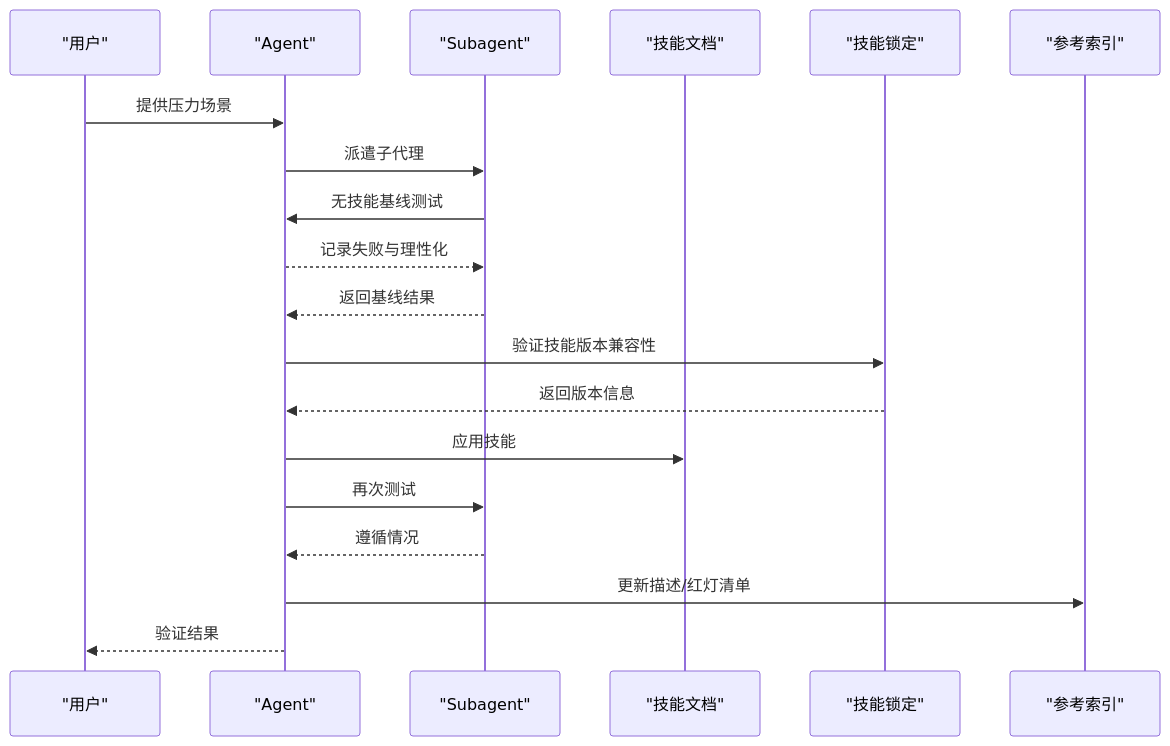
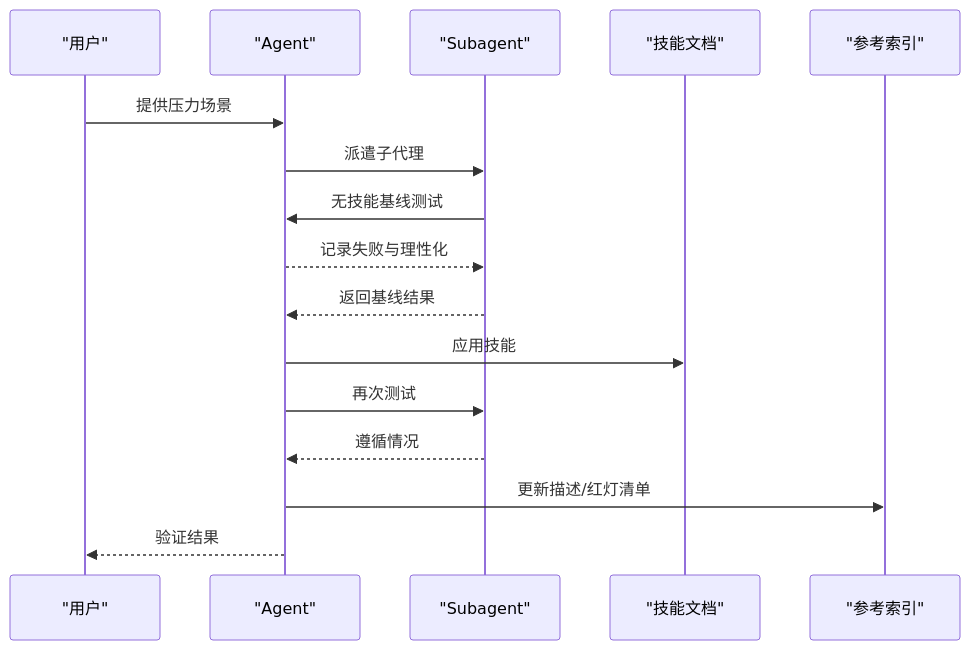
One commit to AngelWings1997/altas changed the fifth of 9 diagrams in .qoder/repowiki/zh/content/超级能力模块/技能编写指南.md. Above: the diagram before and after it, drawn with Mermaid. The commit also changed other lines of this file and 4 other files, not shown here.

````diff
--- a/.qoder/repowiki/zh/content/超级能力模块/技能编写指南.md
+++ b/.qoder/repowiki/zh/content/超级能力模块/技能编写指南.md
@@ -236,21 +227,18 @@
 ```mermaid
 sequenceDiagram
 participant User as "用户"
 participant Agent as "Agent"
 participant Subagent as "Subagent"
 participant Skill as "技能文档"
-participant Lock as "技能锁定"
 participant Index as "参考索引"
 User->>Agent : 提供压力场景
 Agent->>Subagent : 派遣子代理
 Subagent->>Agent : 无技能基线测试
 Agent-->>Subagent : 记录失败与理性化
 Subagent-->>Agent : 返回基线结果
-Agent->>Lock : 验证技能版本兼容性
-Lock-->>Agent : 返回版本信息
 Agent->>Skill : 应用技能
 Agent->>Subagent : 再次测试
 Subagent-->>Agent : 遵循情况
 Agent->>Index : 更新描述/红灯清单
 Agent-->>User : 验证结果
 ```
````
